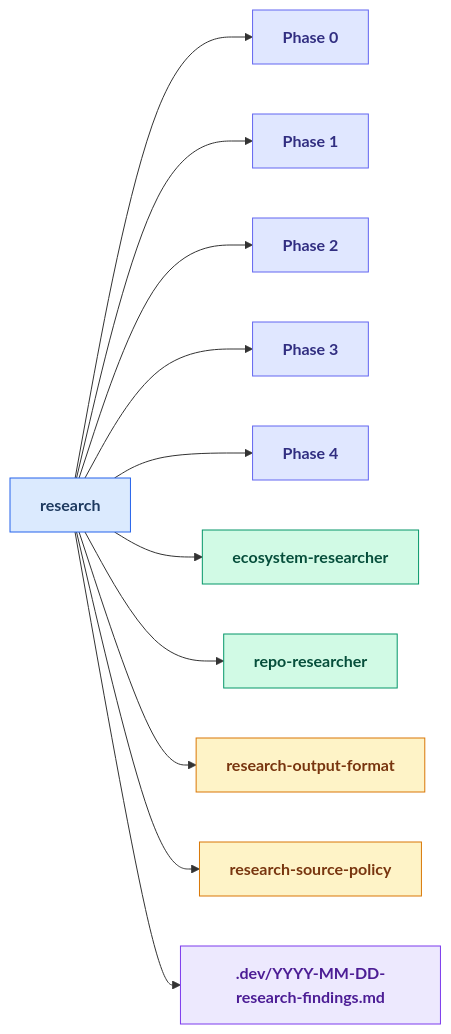
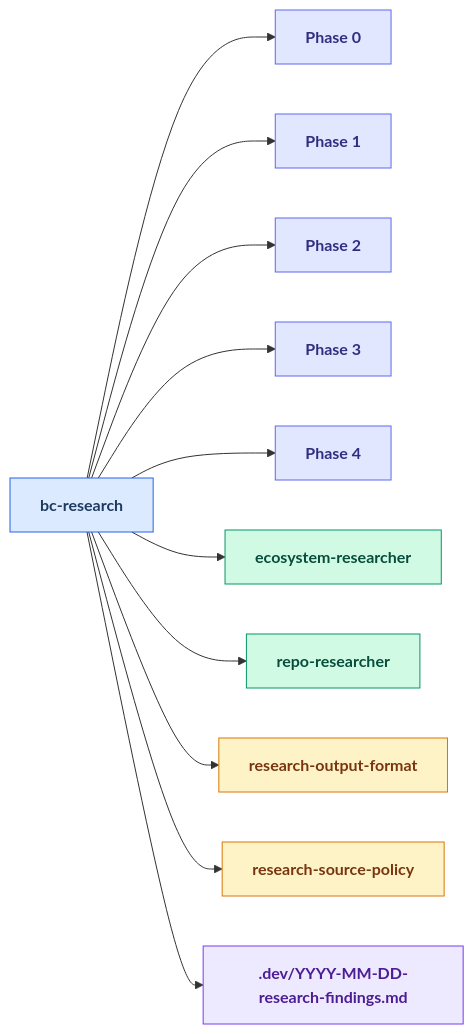
Diagram 17 of 25 in docs/skills_map.md (russell-laing/al-dev-shared), drawn with Mermaid before and after one commit. The commit also changed other lines of this file and 14 other files, not shown here.

First line of the commit message:
🐛 fix(scripts): repair 3 broken knowledge-file references from research rename

````diff
--- a/docs/skills_map.md
+++ b/docs/skills_map.md
@@ -868,43 +858,43 @@
 ```mermaid
 flowchart LR
     classDef skillNode fill:#dbeafe,stroke:#2563eb,color:#1e3a5f,font-weight:bold
     classDef agentNode fill:#d1fae5,stroke:#059669,color:#064e3b,font-weight:bold
     classDef knowledgeNode fill:#fef3c7,stroke:#d97706,color:#78350f,font-weight:bold
     classDef artifactNode fill:#ede9fe,stroke:#7c3aed,color:#4c1d95,font-weight:bold
     classDef phaseNode fill:#e0e7ff,stroke:#6366f1,color:#312e81,font-weight:bold
 
-    skill_research[research]
+    skill_bc_research[bc-research]
     Phase0["Phase 0"]
     Phase1["Phase 1"]
     Phase2["Phase 2"]
     Phase3["Phase 3"]
     Phase4["Phase 4"]
     agent_ecosystem_researcher[ecosystem-researcher]
     agent_repo_researcher[repo-researcher]
     knowledge_research_output_format_md[research-output-format]
     knowledge_research_source_policy_md[research-source-policy]
     artifact_YYYY_MM_DD_research_findings_md[.dev/YYYY-MM-DD-research-findings.md]
 
-    skill_research --> Phase0
-    skill_research --> Phase1
-    skill_research --> Phase2
-    skill_research --> Phase3
-    skill_research --> Phase4
-    skill_research --> agent_ecosystem_researcher
-    skill_research --> agent_repo_researcher
-    skill_research --> knowledge_research_output_format_md
-    skill_research --> knowledge_research_source_policy_md
-    skill_research --> artifact_YYYY_MM_DD_research_findings_md
+    skill_bc_research --> Phase0
+    skill_bc_research --> Phase1
+    skill_bc_research --> Phase2
+    skill_bc_research --> Phase3
+    skill_bc_research --> Phase4
+    skill_bc_research --> agent_ecosystem_researcher
+    skill_bc_research --> agent_repo_researcher
+    skill_bc_research --> knowledge_research_output_format_md
+    skill_bc_research --> knowledge_research_source_policy_md
+    skill_bc_research --> artifact_YYYY_MM_DD_research_findings_md
 
-    class skill_research skillNode
+    class skill_bc_research skillNode
     class Phase0 phaseNode
     class Phase1 phaseNode
     class Phase2 phaseNode
     class Phase3 phaseNode
     class Phase4 phaseNode
     class agent_ecosystem_researcher agentNode
     class agent_repo_researcher agentNode
     class knowledge_research_output_format_md knowledgeNode
     class knowledge_research_source_policy_md knowledgeNode
     class artifact_YYYY_MM_DD_research_findings_md artifactNode
 ```
````
